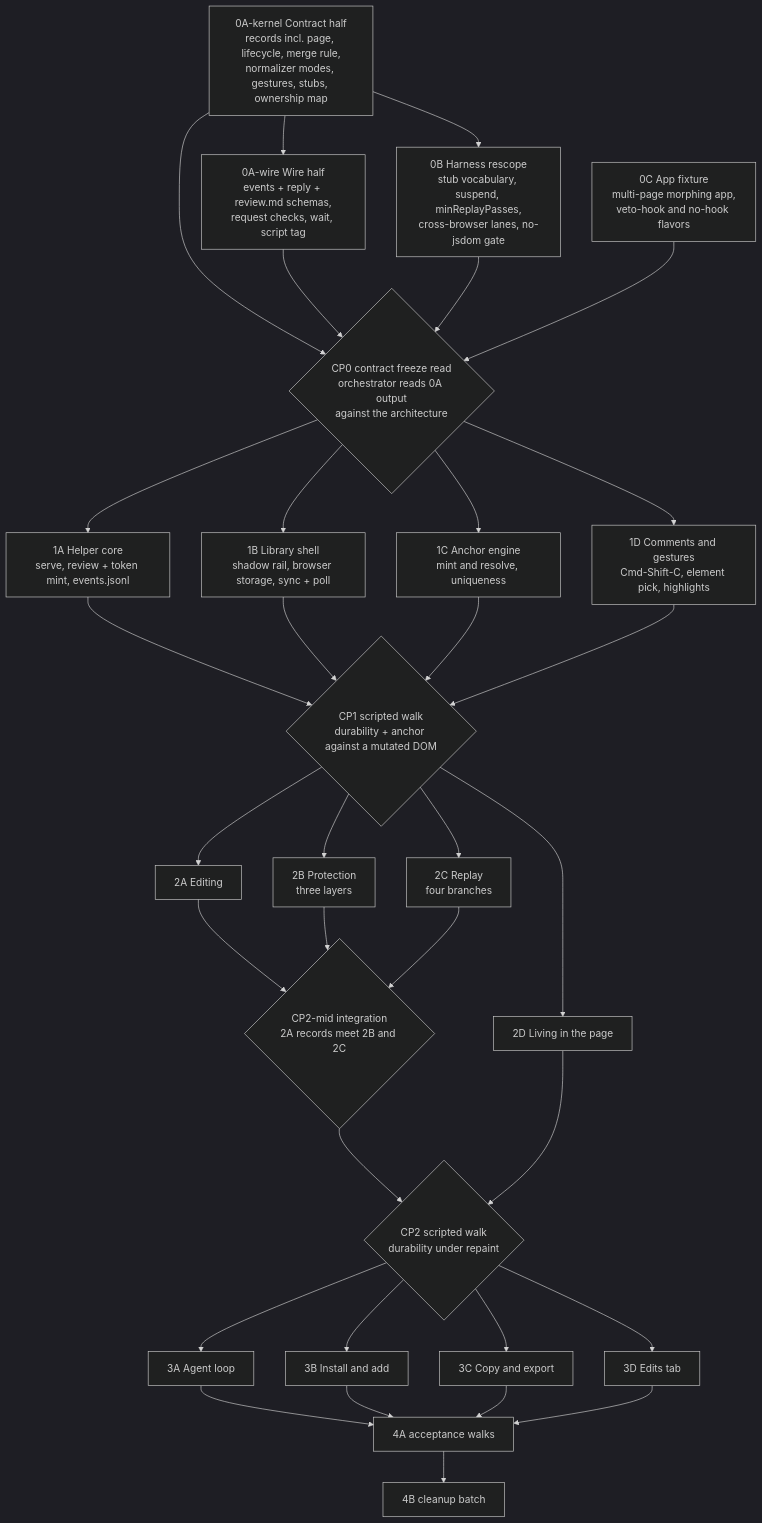
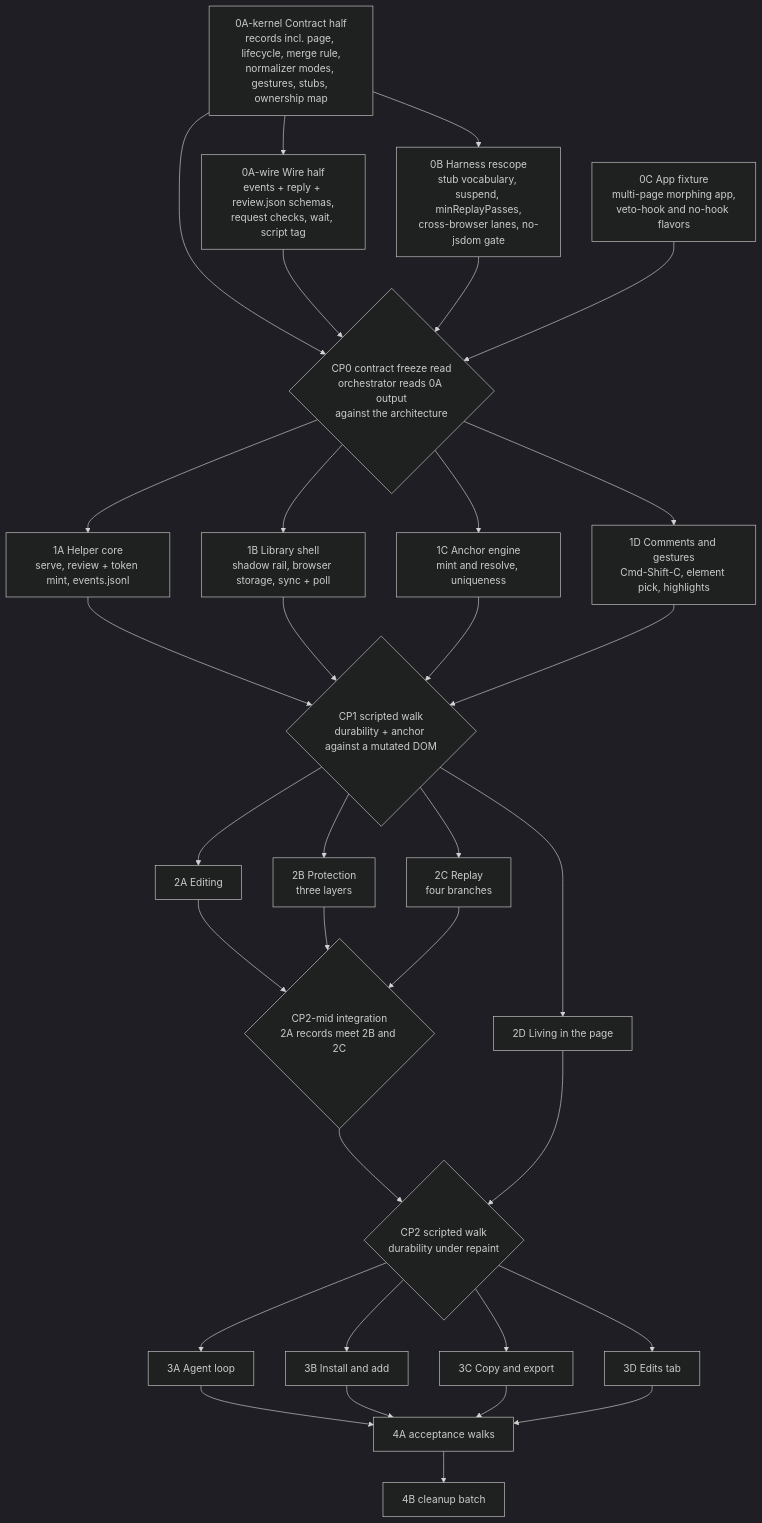
Before and after one commit to kenxle/live-agentic-html-editor: the diagram in docs/features/20260812.01_live_agentic_html_editor/03_plan_live_agentic_html_editor.md, drawn with Mermaid (dark theme). The commit also changed other lines of this file and 2 other files, not shown here.

Commit message:
Plan migrated to the JSON-only agent contract: schemas, pinned contract field, tests, dispositions (38 edits)

````diff
--- a/docs/features/20260812.01_live_agentic_html_editor/03_plan_live_agentic_html_editor.md
+++ b/docs/features/20260812.01_live_agentic_html_editor/03_plan_live_agentic_html_editor.md
@@ -30,31 +31,31 @@
 ```mermaid
 flowchart TD
     K["0A-kernel Contract half<br/>records incl. page, lifecycle, merge rule,<br/>normalizer modes, gestures, stubs, ownership map"]
-    W["0A-wire Wire half<br/>events + reply + review.md schemas,<br/>request checks, wait, script tag"]
+    W["0A-wire Wire half<br/>events + reply + review.json schemas,<br/>request checks, wait, script tag"]
     B["0B Harness rescope<br/>stub vocabulary, suspend, minReplayPasses,<br/>cross-browser lanes, no-jsdom gate"]
     C["0C App fixture<br/>multi-page morphing app,<br/>veto-hook and no-hook flavors"]
     K --> W
     K --> B
     K --> CP0
     W --> CP0{"CP0 contract freeze read<br/>orchestrator reads 0A output<br/>against the architecture"}
     B --> CP0
     C --> CP0
     CP0 --> A1["1A Helper core<br/>serve, review + token mint, events.jsonl"]
     CP0 --> B1["1B Library shell<br/>shadow rail, browser storage, sync + poll"]
     CP0 --> C1["1C Anchor engine<br/>mint and resolve, uniqueness"]
     CP0 --> D1["1D Comments and gestures<br/>Cmd-Shift-C, element pick, highlights"]
     A1 & B1 & C1 & D1 --> CP1{"CP1 scripted walk<br/>durability + anchor against a mutated DOM"}
     CP1 --> A2["2A Editing"]
     CP1 --> B2["2B Protection<br/>three layers"]
     CP1 --> C2["2C Replay<br/>four branches"]
     CP1 --> D2["2D Living in the page"]
     A2 & B2 & C2 --> MID{"CP2-mid integration<br/>2A records meet 2B and 2C"}
     MID --> CP2
     D2 --> CP2{"CP2 scripted walk<br/>durability under repaint"}
     CP2 --> A3["3A Agent loop"]
     CP2 --> B3["3B Install and add"]
     CP2 --> C3["3C Copy and export"]
     CP2 --> D3["3D Edits tab"]
     A3 & B3 & C3 & D3 --> P4["4A acceptance walks"]
     P4 --> P4B["4B cleanup batch"]
 ```
````
